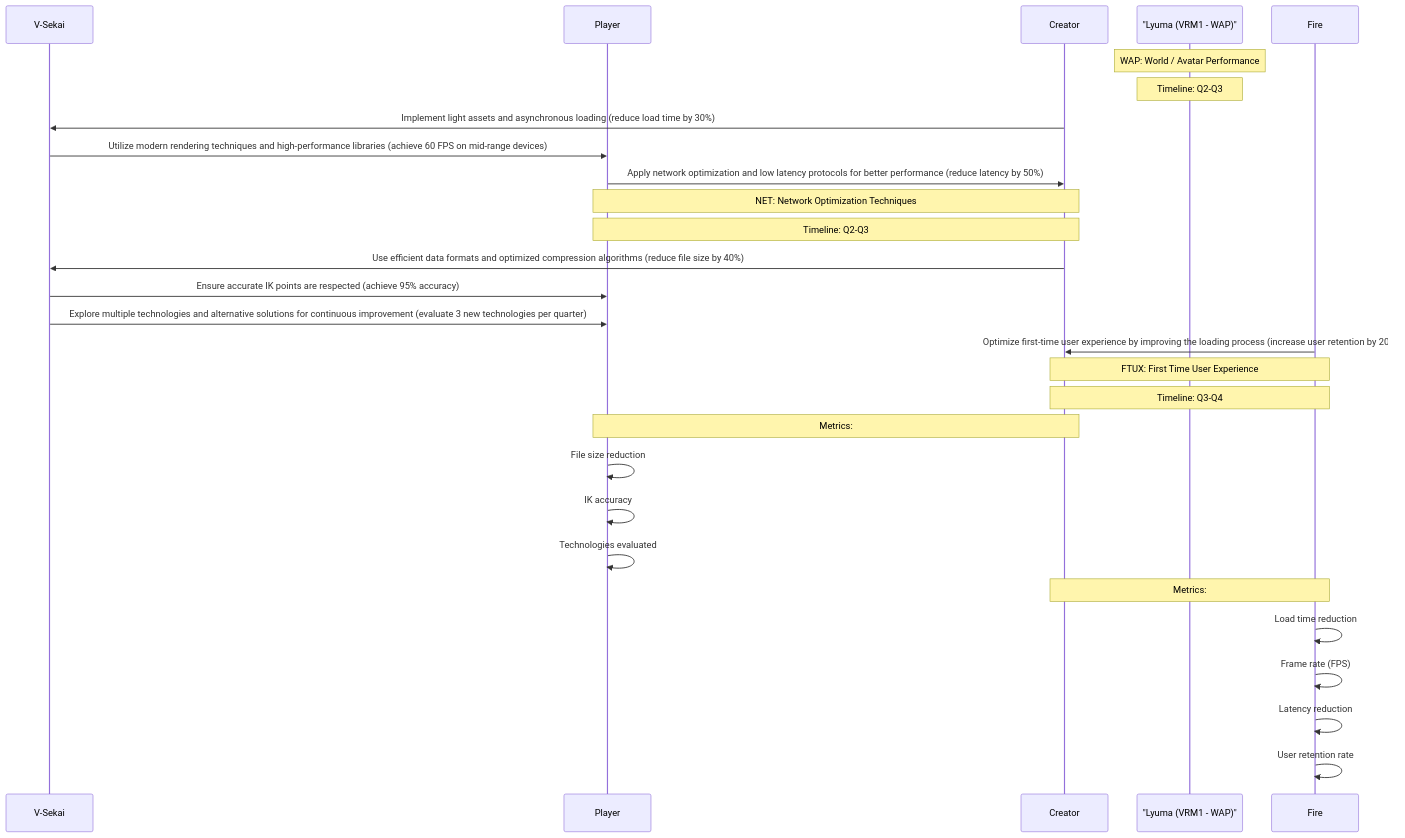
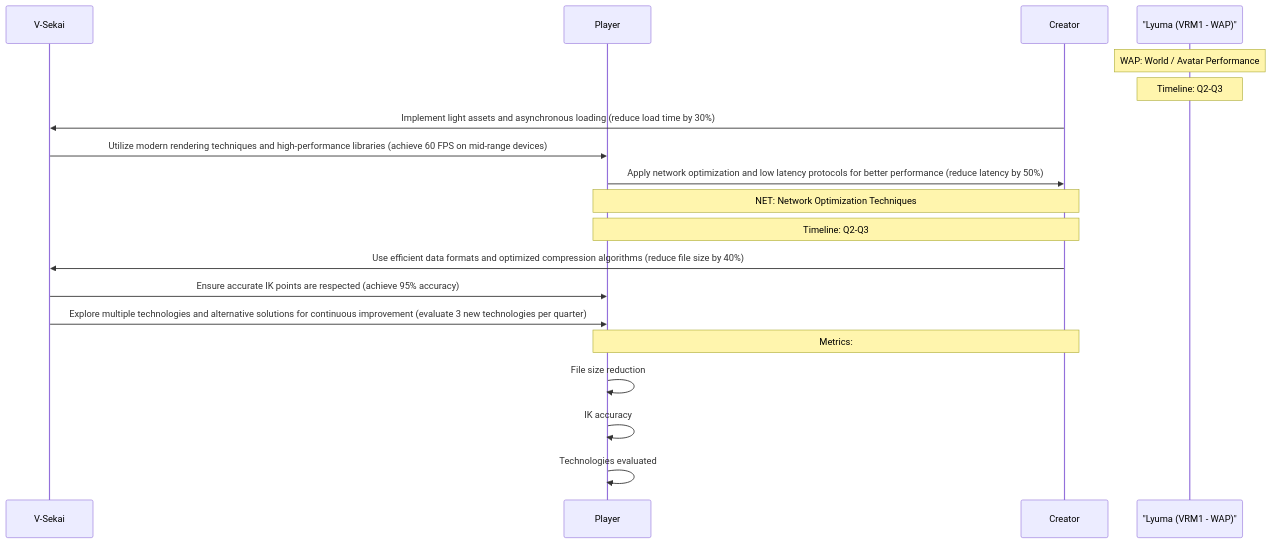
Before and after one commit to V-Sekai/manuals: the first of 2 diagrams in decisions/20230618-v-sekai-roadmap.md, drawn with Mermaid. The commit also changed other lines of this file, not shown here.

Commit message:
Separate into two charts.

````diff
--- a/decisions/20230618-v-sekai-roadmap.md
+++ b/decisions/20230618-v-sekai-roadmap.md
@@ -23,38 +23,28 @@
 ```mermaid
 sequenceDiagram
     participant V-Sekai
     participant Player
     participant Creator
     participant Lyuma as "Lyuma (VRM1 - WAP)"
-    participant Fire
 
     Note over Lyuma: WAP: World / Avatar Performance
     Note over Lyuma: Timeline: Q2-Q3
 
     Creator->>V-Sekai: Implement light assets and asynchronous loading (reduce load time by 30%)
     V-Sekai->>Player: Utilize modern rendering techniques and high-performance libraries (achieve 60 FPS on mid-range devices)
     Player->>Creator: Apply network optimization and low latency protocols for better performance (reduce latency by 50%)
 
     Note over Player, Creator: NET: Network Optimization Techniques
     Note over Player, Creator: Timeline: Q2-Q3
 
     Creator->>V-Sekai: Use efficient data formats and optimized compression algorithms (reduce file size by 40%)
     V-Sekai->>Player: Ensure accurate IK points are respected (achieve 95% accuracy)
     V-Sekai->>Player: Explore multiple technologies and alternative solutions for continuous improvement (evaluate 3 new technologies per quarter)
-    Fire->>Creator: Optimize first-time user experience by improving the loading process (increase user retention by 20%)
-
-    Note over Fire, Creator: FTUX: First Time User Experience
-    Note over Fire, Creator: Timeline: Q3-Q4
 
     %% Metrics
     Note over Player, Creator: Metrics:
     Player->>Player: File size reduction
     Player->>Player: IK accuracy
     Player->>Player: Technologies evaluated
 
-    Note over Fire, Creator: Metrics:
-    Fire->>Fire: Load time reduction
-    Fire->>Fire: Frame rate (FPS)
-    Fire->>Fire: Latency reduction
-    Fire->>Fire: User retention rate
 ```
````
